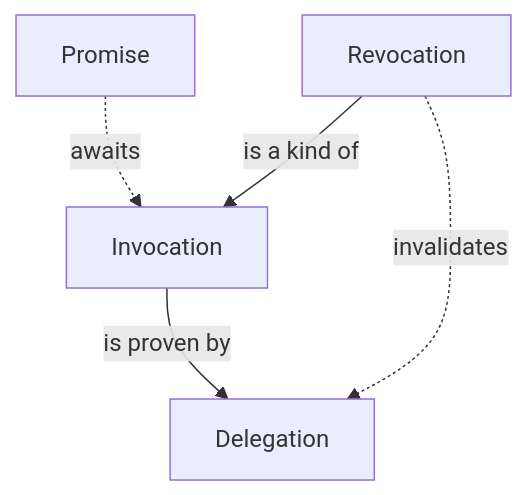
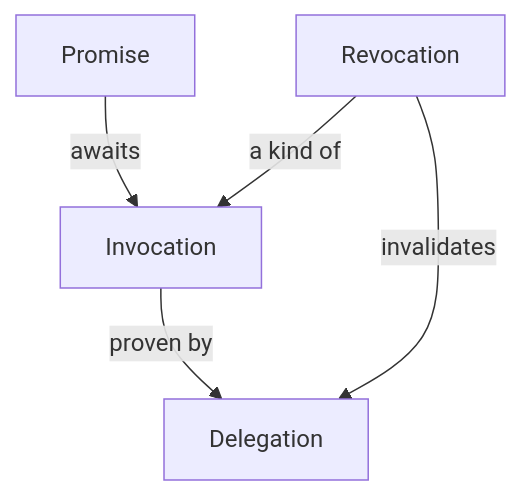
The first of 6 diagrams in README.md (michielbdejong/spec), drawn with Mermaid before and after one commit.

````diff
--- a/README.md
+++ b/README.md
@@ -134,15 +134,15 @@
 ``` mermaid
 flowchart TD
     rev[Revocation]
     inv[Invocation]
     del[Delegation]
     prm[Promise]
 
-    prm -.->|awaits| inv
-    rev -->|is a kind of| inv -->|is proven by| del
-    rev -.->|invalidates| del
+    prm -->|awaits| inv
+    rev -->|a kind of| inv -->|proven by| del
+    rev -->|invalidates| del
 
     click del href "https://github.com/ucan-wg/delegation" "UCAN Delegation Spec"
     click inv href "https://github.com/ucan-wg/invocation" "UCAN Invocation Spec"
     click rev href "https://github.com/ucan-wg/revocation" "UCAN Revocation Spec"
 ```
````
